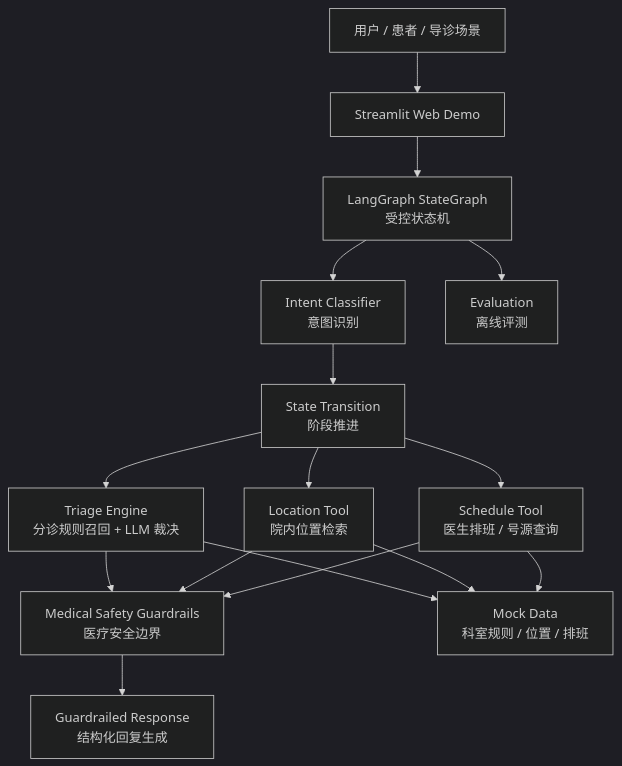
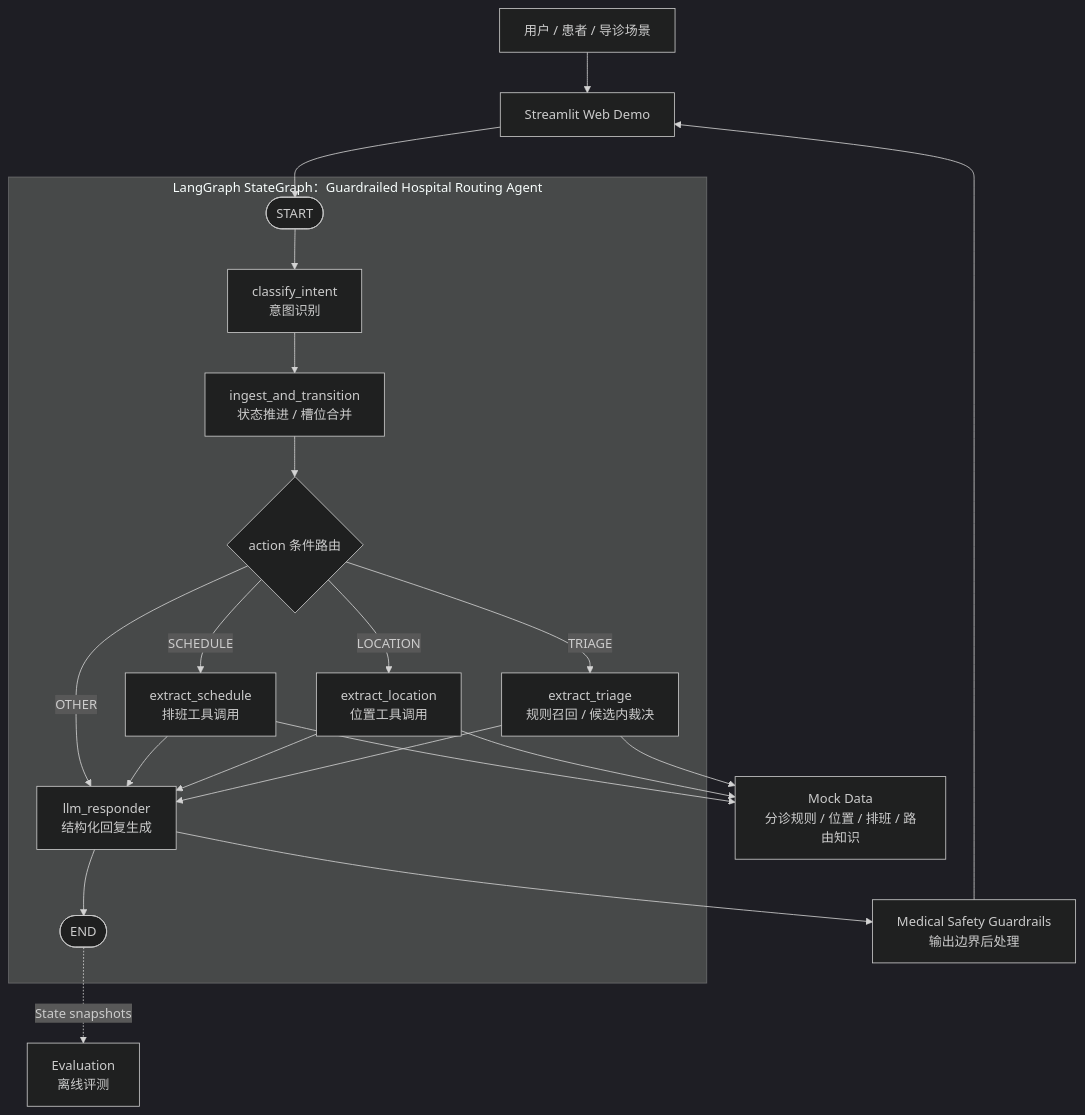
Before and after one commit to xli561980-ship-it/Hospital_Agent: the diagram in README.md, drawn with Mermaid (dark theme). The commit also changed other lines of this file and 2 other files, not shown here.

Commit message:
Refine agent solution narrative

````diff
--- a/README.md
+++ b/README.md
@@ -61,31 +82,34 @@
 ```mermaid
 flowchart TB
     U["用户 / 患者 / 导诊场景"]
     WEB["Streamlit Web Demo"]
-    GRAPH["LangGraph StateGraph<br/>受控状态机"]
-    INTENT["Intent Classifier<br/>意图识别"]
-    STATE["State Transition<br/>阶段推进"]
-    TRIAGE["Triage Engine<br/>分诊规则召回 + LLM 裁决"]
-    LOCATION["Location Tool<br/>院内位置检索"]
-    SCHEDULE["Schedule Tool<br/>医生排班 / 号源查询"]
-    GUARD["Medical Safety Guardrails<br/>医疗安全边界"]
-    RESP["Guardrailed Response<br/>结构化回复生成"]
-    DATA["Mock Data<br/>科室规则 / 位置 / 排班"]
+    DATA["Mock Data<br/>分诊规则 / 位置 / 排班 / 路由知识"]
+    GUARD["Medical Safety Guardrails<br/>输出边界后处理"]
     EVAL["Evaluation<br/>离线评测"]
 
-    U --> WEB
-    WEB --> GRAPH
-    GRAPH --> INTENT
-    INTENT --> STATE
-    STATE --> TRIAGE
-    STATE --> LOCATION
-    STATE --> SCHEDULE
+    subgraph GRAPH["LangGraph StateGraph：Guardrailed Hospital Routing Agent"]
+        START([START])
+        INTENT["classify_intent<br/>意图识别"]
+        INGEST["ingest_and_transition<br/>状态推进 / 槽位合并"]
+        ROUTE{"action 条件路由"}
+        TRIAGE["extract_triage<br/>规则召回 / 候选内裁决"]
+        LOCATION["extract_location<br/>位置工具调用"]
+        SCHEDULE["extract_schedule<br/>排班工具调用"]
+        RESP["llm_responder<br/>结构化回复生成"]
+        END_NODE([END])
+
+        START --> INTENT --> INGEST --> ROUTE
+        ROUTE -->|"TRIAGE"| TRIAGE --> RESP
+        ROUTE -->|"LOCATION"| LOCATION --> RESP
+        ROUTE -->|"SCHEDULE"| SCHEDULE --> RESP
+        ROUTE -->|"OTHER"| RESP
+        RESP --> END_NODE
+    end
+
+    U --> WEB --> START
     TRIAGE --> DATA
     LOCATION --> DATA
     SCHEDULE --> DATA
-    TRIAGE --> GUARD
-    LOCATION --> GUARD
-    SCHEDULE --> GUARD
-    GUARD --> RESP
-    GRAPH --> EVAL
+    RESP --> GUARD --> WEB
+    END_NODE -. "State snapshots" .-> EVAL
 ```
````
